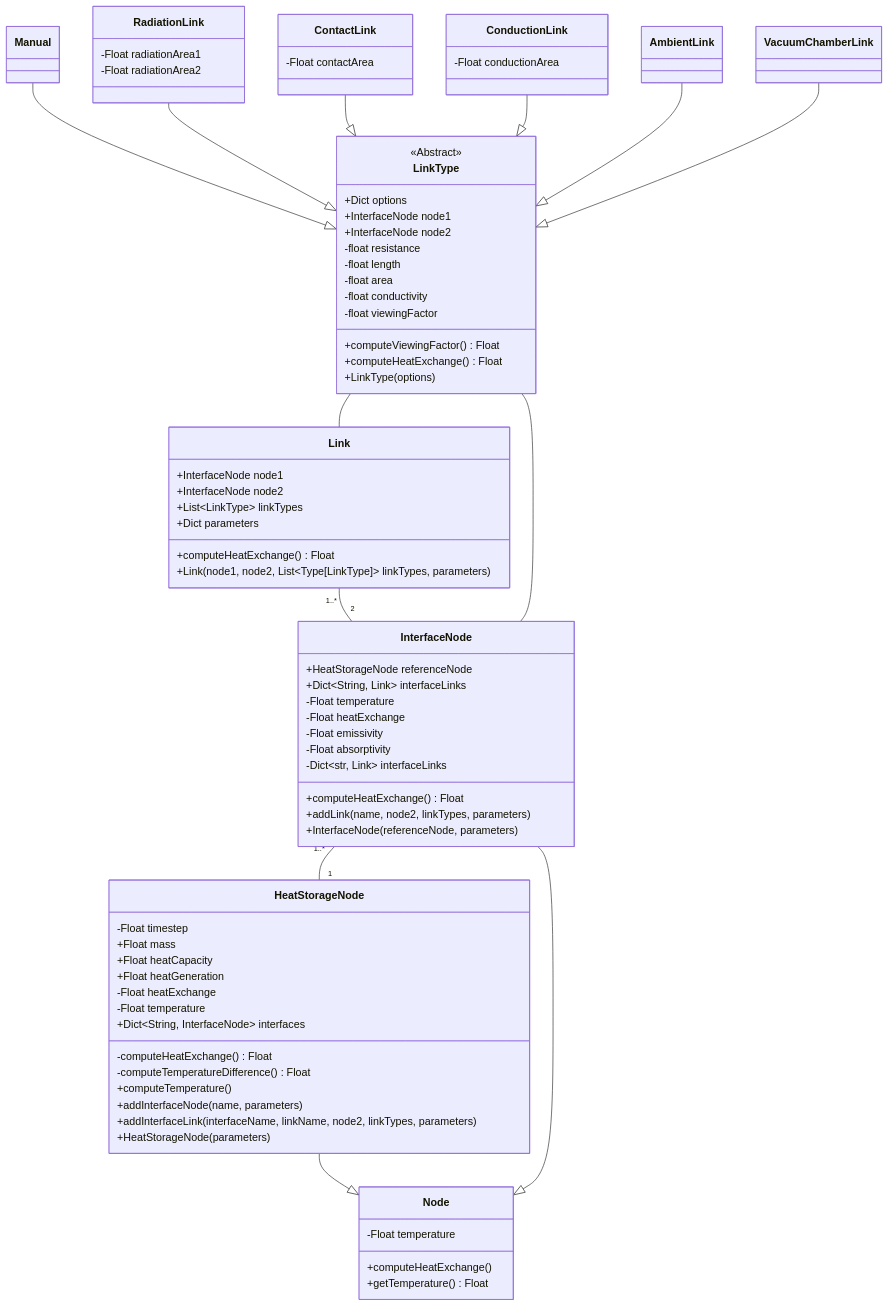
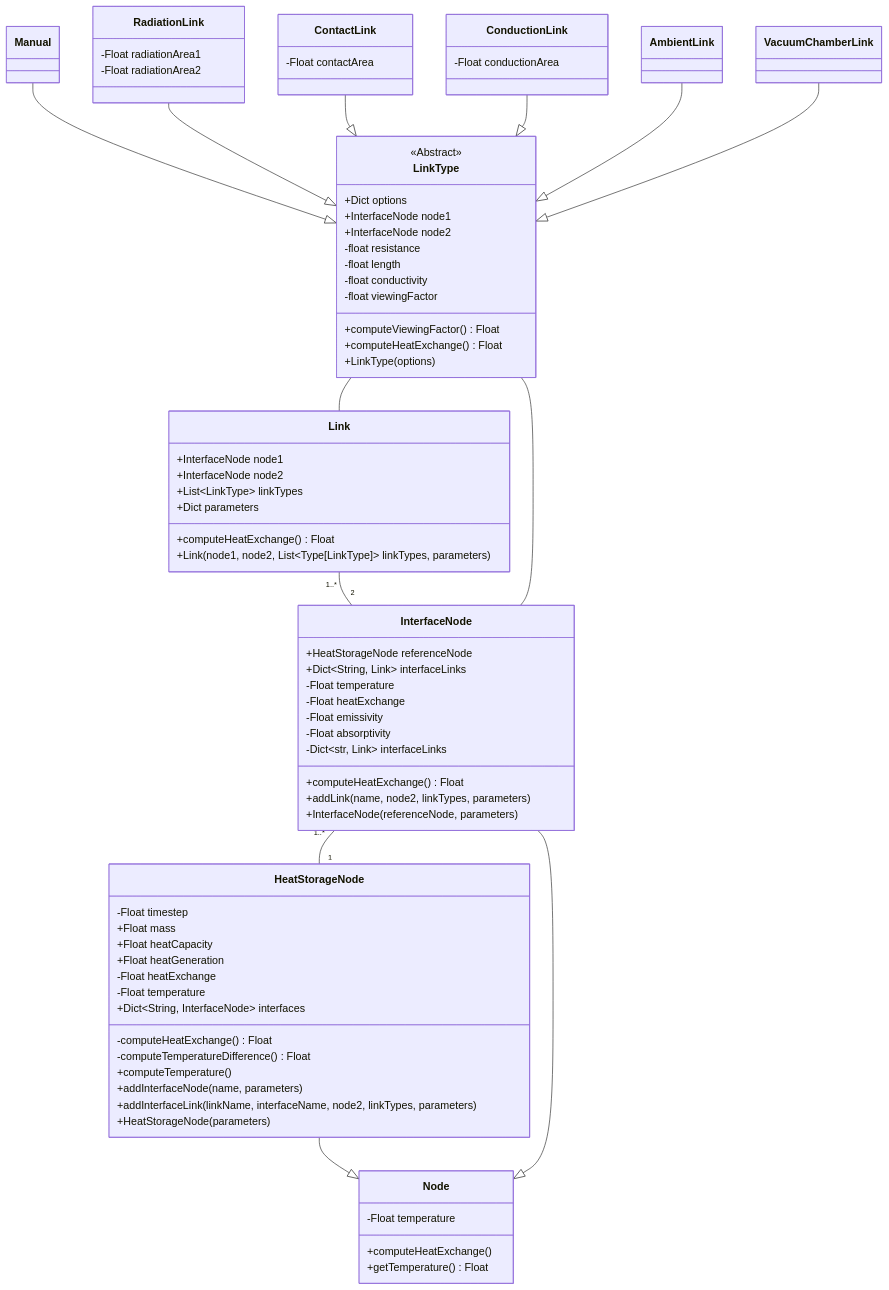
One commit to niveK77pur/ISM-Thermal-Model changed the diagram in class-diagram/class-diagram.mmd. Above: the diagram before and after it, drawn with Mermaid. The commit also changed 1 other file, not shown here.

Commit message:
better ordering of parameters

```diff
--- a/class-diagram/class-diagram.mmd
+++ b/class-diagram/class-diagram.mmd
@@ -1,92 +1,91 @@
 classDiagram
 
 
 class Node {
     -Float temperature
     +computeHeatExchange()
     +getTemperature() Float
 }
 
 class HeatStorageNode {
     -Float timestep
     +Float mass
     +Float heatCapacity
     +Float heatGeneration
     -Float heatExchange
     -Float temperature
     +Dict~String, InterfaceNode~ interfaces
     -computeHeatExchange() Float
     -computeTemperatureDifference() Float
     +computeTemperature()
     +addInterfaceNode(name, parameters)
-    +addInterfaceLink(interfaceName, linkName, node2, linkTypes, parameters)
+    +addInterfaceLink(linkName, interfaceName, node2, linkTypes, parameters)
     +HeatStorageNode(parameters)
 }
 
 class InterfaceNode {
     +HeatStorageNode referenceNode
     +Dict~String, Link~ interfaceLinks
     -Float temperature
     -Float heatExchange
     -Float emissivity
     -Float absorptivity
     -Dict~str, Link~ interfaceLinks
     +computeHeatExchange() Float
     +addLink(name, node2, linkTypes, parameters)
     +InterfaceNode(referenceNode, parameters)
 }
 
 class Link {
     +InterfaceNode node1
     +InterfaceNode node2
     +List~LinkType~ linkTypes
     +Dict parameters
     +computeHeatExchange() Float
     +Link(node1, node2, List~Type[LinkType]~ linkTypes, parameters)
 }
 
 
 class LinkType {
     <<Abstract>>
     +Dict options
     +InterfaceNode node1
     +InterfaceNode node2
     -float resistance
     -float length
-    -float area
     -float conductivity
     -float viewingFactor
     +computeViewingFactor() Float
     +computeHeatExchange() Float
     +LinkType(options)
 }
 
 class RadiationLink {
     -Float radiationArea1
     -Float radiationArea2
 }
 
 class ContactLink {
     -Float contactArea
 }
 
 class ConductionLink {
     -Float conductionArea
 }
 
 HeatStorageNode --|> Node
 InterfaceNode --|> Node
 
 Manual --|> LinkType
 RadiationLink --|> LinkType
 ContactLink --|> LinkType
 ConductionLink --|> LinkType
 AmbientLink --|> LinkType
 VacuumChamberLink --|> LinkType
 
 Link "1..*" -- "2" InterfaceNode
 
 InterfaceNode "1..*" -- "1" HeatStorageNode
 
 LinkType -- Link
 LinkType -- InterfaceNode
```
